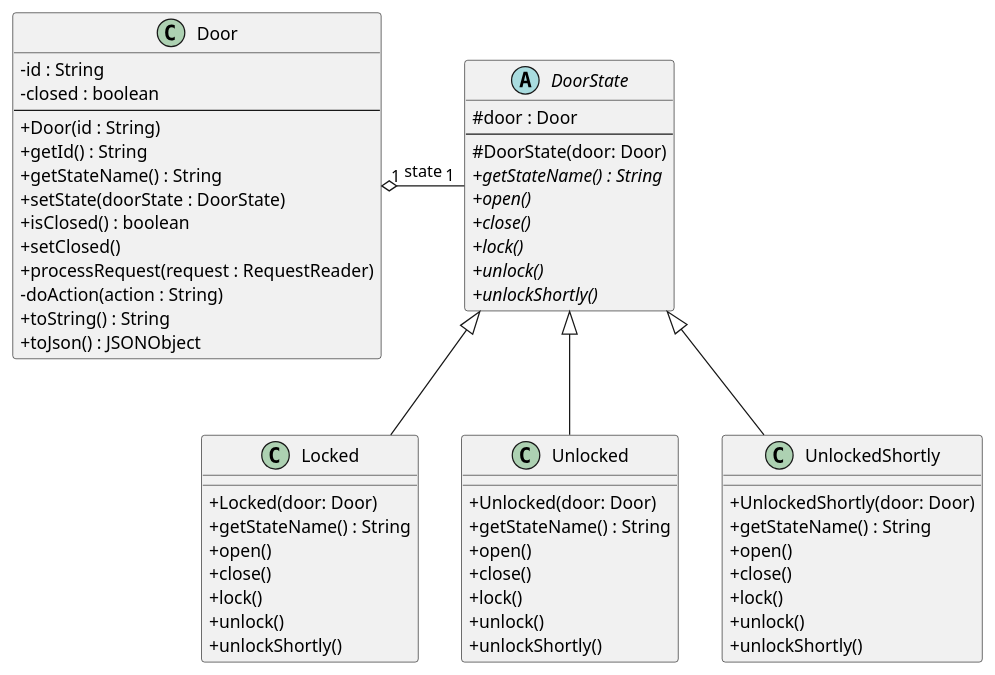
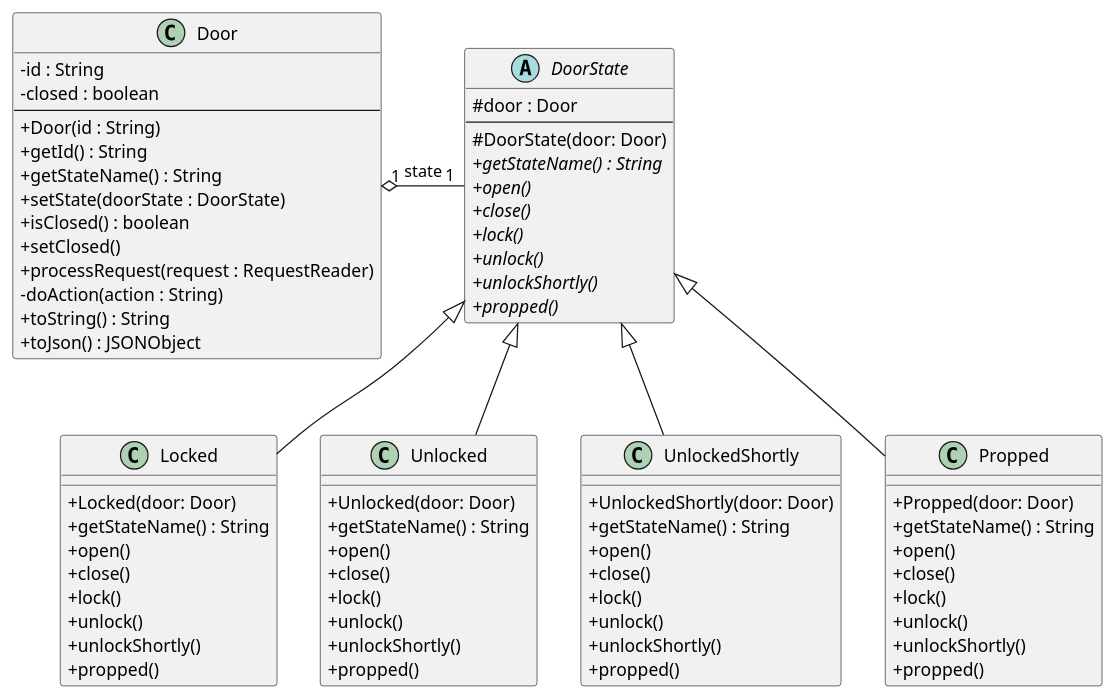
The diagram in src/baseNoStates/uml/DoorState.puml (conststh/DSW_ACS), drawn with PlantUML before and after one commit.

Commit message:
propped state in UML

```diff
--- a/src/baseNoStates/uml/DoorState.puml
+++ b/src/baseNoStates/uml/DoorState.puml
@@ -1,70 +1,86 @@
 @startuml
 skinparam classAttributeIconSize 0
 
 class Door {
 - id : String
 - closed : boolean
 ---
 + Door(id : String)
 + getId() : String
 + getStateName() : String
 + setState(doorState : DoorState)
 + isClosed() : boolean
 + setClosed()
 + processRequest(request : RequestReader)
 - doAction(action : String)
 + toString() : String
 + toJson() : JSONObject
 }
 
 abstract class DoorState {
 # door : Door
 ---
 # DoorState(door: Door)
 {abstract} + getStateName() : String
 {abstract} + open()
 {abstract} + close()
 {abstract} + lock()
 {abstract} + unlock()
 {abstract} + unlockShortly()
+{abstract} + propped()
 }
 
 class Locked {
 + Locked(door: Door)
 + getStateName() : String
 + open()
 + close()
 + lock()
 + unlock()
 + unlockShortly()
++ propped()
 }
 
 class Unlocked {
 + Unlocked(door: Door)
 + getStateName() : String
 + open()
 + close()
 + lock()
 + unlock()
 + unlockShortly()
++ propped()
 }
 
 class UnlockedShortly {
 + UnlockedShortly(door: Door)
 + getStateName() : String
 + open()
 + close()
 + lock()
 + unlock()
 + unlockShortly()
++ propped()
+}
+
+class Propped {
++ Propped(door: Door)
++ getStateName() : String
++ open()
++ close()
++ lock()
++ unlock()
++ unlockShortly()
++ propped()
 }
 
 '---RELATIONS---
 Door "1" o- "1" DoorState : "state"
 
 DoorState <|-- Locked
 DoorState <|-- Unlocked
 DoorState <|-- UnlockedShortly
+DoorState <|-- Propped
 '------------
 
 @enduml
```
